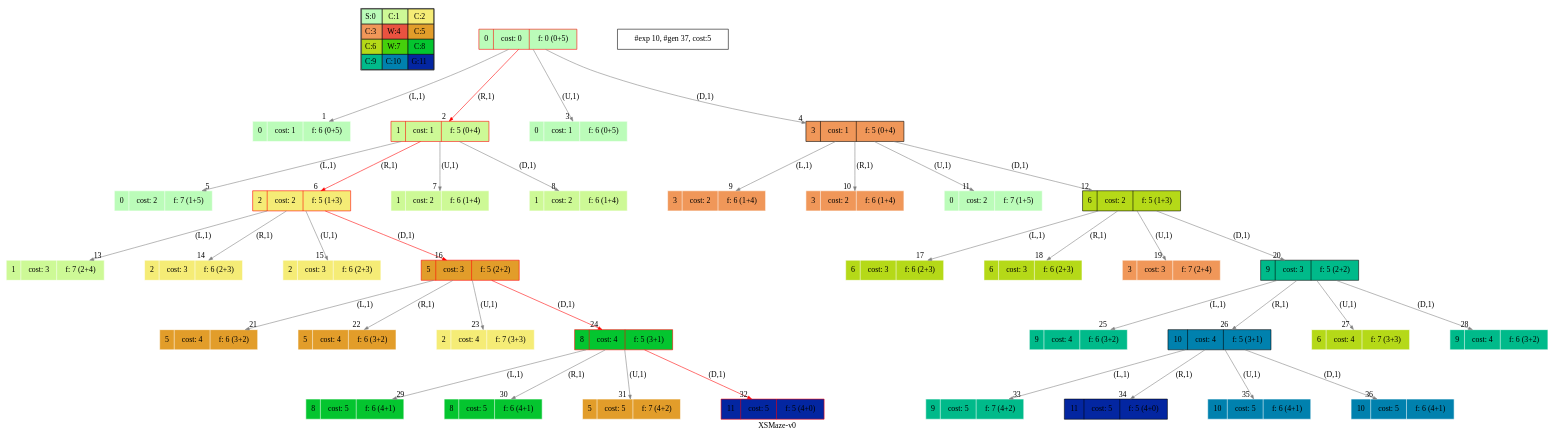
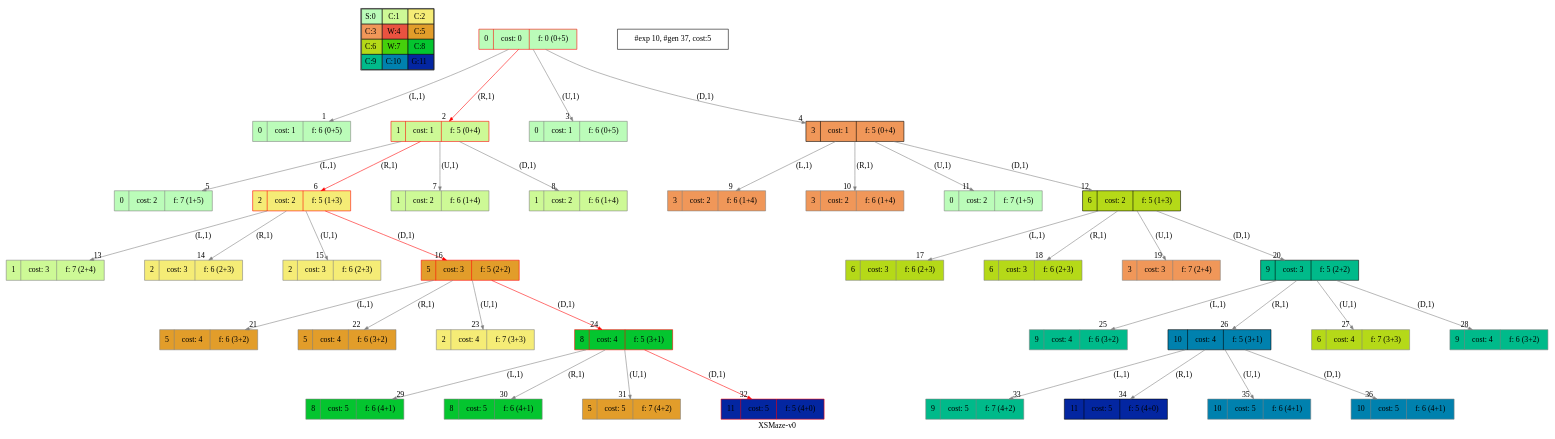
Before and after one commit to blasco991/AI: the diagram in viz/artifacts/gs/dot/XSMaze-v0_astar.dot, drawn with Graphviz. The commit also changed 41 other files, not shown here.

```diff
--- a/viz/artifacts/gs/dot/XSMaze-v0_astar.dot
+++ b/viz/artifacts/gs/dot/XSMaze-v0_astar.dot
@@ -1,50 +1,40 @@
-digraph XSMaze { label="XSMaze-v0"
+digraph XSMaze { label="XSMaze-v0" 
 subgraph MAP {label=Map;map [shape=plaintext label=<<table border="1" cellpadding="5" cellspacing="0" cellborder="1"><tr><td bgcolor="0.32745098 0.267733   0.99083125 1.        ">S:0</td><td bgcolor="0.24117647 0.39545121 0.97940977 1.        ">C:1</td><td bgcolor="0.15490196 0.51591783 0.96349314 1.        ">C:2</td></tr><tr><td bgcolor="0.06862745 0.62692381 0.94315443 1.        ">C:3</td><td bgcolor="0.01764706 0.72643357 0.91848699 1.        ">W:4</td><td bgcolor="0.10392157 0.81262237 0.88960401 1.        ">C:5</td></tr><tr><td bgcolor="0.19803922 0.88960401 0.8534438  1.        ">C:6</td><td bgcolor="0.28431373 0.94315443 0.81619691 1.        ">W:7</td><td bgcolor="0.37058824 0.97940977 0.77520398 1.        ">C:8</td></tr><tr><td bgcolor="0.45686275 0.99770518 0.73065313 1.        ">C:9</td><td bgcolor="0.54313725 0.99770518 0.68274886 1.        ">C:10</td><td bgcolor="0.62941176 0.97940977 0.63171101 1.        ">G:11</td></tr></table>>]} 
-nodesep=1 ranksep=1 node [shape=record] edge [arrowsize=0.7] 
-"0_0" [label="<f0>0 |<f1> cost: 0 |<f2> f: 0 (0+5)", style=filled color=red fillcolor="0.32745098 0.267733   0.99083125 1.        "];  
-"0_0.0-0" [label="<f0>0 |<f1> cost: 1 |<f2> f: 6 (0+5)", style=filled color=white fillcolor="0.32745098 0.267733   0.99083125 1.        "];   "0_0" -> "0_0.0-0" [label="(L,1)" headlabel=" 1 " color=grey ]; 
-"0_0.1-1" [label="<f0>1 |<f1> cost: 1 |<f2> f: 5 (0+4)", style=filled color=white fillcolor="0.24117647 0.39545121 0.97940977 1.        "color=red ];    "0_0" -> "0_0.1-1" [label="(R,1)" headlabel=" 2 " color=grey color=red ];  
-"0_0.0-2" [label="<f0>0 |<f1> cost: 1 |<f2> f: 6 (0+5)", style=filled color=white fillcolor="0.32745098 0.267733   0.99083125 1.        "];   "0_0" -> "0_0.0-2" [label="(U,1)" headlabel=" 3 " color=grey ]; 
-"0_0.3-3" [label="<f0>3 |<f1> cost: 1 |<f2> f: 5 (0+4)", style=filled color=white fillcolor="0.06862745 0.62692381 0.94315443 1.        "];   "0_0" -> "0_0.3-3" [label="(D,1)" headlabel=" 4 " color=grey ]; 
-"0_0.1-1" [label="<f0>1 |<f1> cost: 1 |<f2> f: 5 (0+4)", style=filled color=red fillcolor="0.24117647 0.39545121 0.97940977 1.        "];  
-"0_0.1.0-0" [label="<f0>0 |<f1> cost: 2 |<f2> f: 7 (1+5)", style=filled color=white fillcolor="0.32745098 0.267733   0.99083125 1.        "];   "0_0.1-1" -> "0_0.1.0-0" [label="(L,1)" headlabel=" 5 " color=grey ]; 
-"0_0.1.2-1" [label="<f0>2 |<f1> cost: 2 |<f2> f: 5 (1+3)", style=filled color=white fillcolor="0.15490196 0.51591783 0.96349314 1.        "color=red ];    "0_0.1-1" -> "0_0.1.2-1" [label="(R,1)" headlabel=" 6 " color=grey color=red ];  
-"0_0.1.1-2" [label="<f0>1 |<f1> cost: 2 |<f2> f: 6 (1+4)", style=filled color=white fillcolor="0.24117647 0.39545121 0.97940977 1.        "];   "0_0.1-1" -> "0_0.1.1-2" [label="(U,1)" headlabel=" 7 " color=grey ]; 
-"0_0.1.1-3" [label="<f0>1 |<f1> cost: 2 |<f2> f: 6 (1+4)", style=filled color=white fillcolor="0.24117647 0.39545121 0.97940977 1.        "];   "0_0.1-1" -> "0_0.1.1-3" [label="(D,1)" headlabel=" 8 " color=grey ]; 
-"0_0.3-3" [label="<f0>3 |<f1> cost: 1 |<f2> f: 5 (0+4)", style=filled color=black fillcolor="0.06862745 0.62692381 0.94315443 1.        "];  
-"0_0.3.3-0" [label="<f0>3 |<f1> cost: 2 |<f2> f: 6 (1+4)", style=filled color=white fillcolor="0.06862745 0.62692381 0.94315443 1.        "];   "0_0.3-3" -> "0_0.3.3-0" [label="(L,1)" headlabel=" 9 " color=grey ]; 
-"0_0.3.3-1" [label="<f0>3 |<f1> cost: 2 |<f2> f: 6 (1+4)", style=filled color=white fillcolor="0.06862745 0.62692381 0.94315443 1.        "];   "0_0.3-3" -> "0_0.3.3-1" [label="(R,1)" headlabel=" 10 " color=grey ]; 
-"0_0.3.0-2" [label="<f0>0 |<f1> cost: 2 |<f2> f: 7 (1+5)", style=filled color=white fillcolor="0.32745098 0.267733   0.99083125 1.        "];   "0_0.3-3" -> "0_0.3.0-2" [label="(U,1)" headlabel=" 11 " color=grey ]; 
-"0_0.3.6-3" [label="<f0>6 |<f1> cost: 2 |<f2> f: 5 (1+3)", style=filled color=white fillcolor="0.19803922 0.88960401 0.8534438  1.        "];   "0_0.3-3" -> "0_0.3.6-3" [label="(D,1)" headlabel=" 12 " color=grey ]; 
-"0_0.1.2-1" [label="<f0>2 |<f1> cost: 2 |<f2> f: 5 (1+3)", style=filled color=red fillcolor="0.15490196 0.51591783 0.96349314 1.        "];  
-"0_0.1.2.1-0" [label="<f0>1 |<f1> cost: 3 |<f2> f: 7 (2+4)", style=filled color=white fillcolor="0.24117647 0.39545121 0.97940977 1.        "];   "0_0.1.2-1" -> "0_0.1.2.1-0" [label="(L,1)" headlabel=" 13 " color=grey ]; 
-"0_0.1.2.2-1" [label="<f0>2 |<f1> cost: 3 |<f2> f: 6 (2+3)", style=filled color=white fillcolor="0.15490196 0.51591783 0.96349314 1.        "];   "0_0.1.2-1" -> "0_0.1.2.2-1" [label="(R,1)" headlabel=" 14 " color=grey ]; 
-"0_0.1.2.2-2" [label="<f0>2 |<f1> cost: 3 |<f2> f: 6 (2+3)", style=filled color=white fillcolor="0.15490196 0.51591783 0.96349314 1.        "];   "0_0.1.2-1" -> "0_0.1.2.2-2" [label="(U,1)" headlabel=" 15 " color=grey ]; 
-"0_0.1.2.5-3" [label="<f0>5 |<f1> cost: 3 |<f2> f: 5 (2+2)", style=filled color=white fillcolor="0.10392157 0.81262237 0.88960401 1.        "color=red ];    "0_0.1.2-1" -> "0_0.1.2.5-3" [label="(D,1)" headlabel=" 16 " color=grey color=red ];  
-"0_0.3.6-3" [label="<f0>6 |<f1> cost: 2 |<f2> f: 5 (1+3)", style=filled color=black fillcolor="0.19803922 0.88960401 0.8534438  1.        "];  
-"0_0.3.6.6-0" [label="<f0>6 |<f1> cost: 3 |<f2> f: 6 (2+3)", style=filled color=white fillcolor="0.19803922 0.88960401 0.8534438  1.        "];   "0_0.3.6-3" -> "0_0.3.6.6-0" [label="(L,1)" headlabel=" 17 " color=grey ]; 
-"0_0.3.6.6-1" [label="<f0>6 |<f1> cost: 3 |<f2> f: 6 (2+3)", style=filled color=white fillcolor="0.19803922 0.88960401 0.8534438  1.        "];   "0_0.3.6-3" -> "0_0.3.6.6-1" [label="(R,1)" headlabel=" 18 " color=grey ]; 
-"0_0.3.6.3-2" [label="<f0>3 |<f1> cost: 3 |<f2> f: 7 (2+4)", style=filled color=white fillcolor="0.06862745 0.62692381 0.94315443 1.        "];   "0_0.3.6-3" -> "0_0.3.6.3-2" [label="(U,1)" headlabel=" 19 " color=grey ]; 
-"0_0.3.6.9-3" [label="<f0>9 |<f1> cost: 3 |<f2> f: 5 (2+2)", style=filled color=white fillcolor="0.45686275 0.99770518 0.73065313 1.        "];   "0_0.3.6-3" -> "0_0.3.6.9-3" [label="(D,1)" headlabel=" 20 " color=grey ]; 
-"0_0.1.2.5-3" [label="<f0>5 |<f1> cost: 3 |<f2> f: 5 (2+2)", style=filled color=red fillcolor="0.10392157 0.81262237 0.88960401 1.        "];  
-"0_0.1.2.5.5-0" [label="<f0>5 |<f1> cost: 4 |<f2> f: 6 (3+2)", style=filled color=white fillcolor="0.10392157 0.81262237 0.88960401 1.        "];   "0_0.1.2.5-3" -> "0_0.1.2.5.5-0" [label="(L,1)" headlabel=" 21 " color=grey ]; 
-"0_0.1.2.5.5-1" [label="<f0>5 |<f1> cost: 4 |<f2> f: 6 (3+2)", style=filled color=white fillcolor="0.10392157 0.81262237 0.88960401 1.        "];   "0_0.1.2.5-3" -> "0_0.1.2.5.5-1" [label="(R,1)" headlabel=" 22 " color=grey ]; 
-"0_0.1.2.5.2-2" [label="<f0>2 |<f1> cost: 4 |<f2> f: 7 (3+3)", style=filled color=white fillcolor="0.15490196 0.51591783 0.96349314 1.        "];   "0_0.1.2.5-3" -> "0_0.1.2.5.2-2" [label="(U,1)" headlabel=" 23 " color=grey ]; 
-"0_0.1.2.5.8-3" [label="<f0>8 |<f1> cost: 4 |<f2> f: 5 (3+1)", style=filled color=white fillcolor="0.37058824 0.97940977 0.77520398 1.        "color=red ];    "0_0.1.2.5-3" -> "0_0.1.2.5.8-3" [label="(D,1)" headlabel=" 24 " color=grey color=red ];  
-"0_0.3.6.9-3" [label="<f0>9 |<f1> cost: 3 |<f2> f: 5 (2+2)", style=filled color=black fillcolor="0.45686275 0.99770518 0.73065313 1.        "];  
-"0_0.3.6.9.9-0" [label="<f0>9 |<f1> cost: 4 |<f2> f: 6 (3+2)", style=filled color=white fillcolor="0.45686275 0.99770518 0.73065313 1.        "];   "0_0.3.6.9-3" -> "0_0.3.6.9.9-0" [label="(L,1)" headlabel=" 25 " color=grey ]; 
-"0_0.3.6.9.10-1" [label="<f0>10 |<f1> cost: 4 |<f2> f: 5 (3+1)", style=filled color=white fillcolor="0.54313725 0.99770518 0.68274886 1.        "];   "0_0.3.6.9-3" -> "0_0.3.6.9.10-1" [label="(R,1)" headlabel=" 26 " color=grey ]; 
-"0_0.3.6.9.6-2" [label="<f0>6 |<f1> cost: 4 |<f2> f: 7 (3+3)", style=filled color=white fillcolor="0.19803922 0.88960401 0.8534438  1.        "];   "0_0.3.6.9-3" -> "0_0.3.6.9.6-2" [label="(U,1)" headlabel=" 27 " color=grey ]; 
-"0_0.3.6.9.9-3" [label="<f0>9 |<f1> cost: 4 |<f2> f: 6 (3+2)", style=filled color=white fillcolor="0.45686275 0.99770518 0.73065313 1.        "];   "0_0.3.6.9-3" -> "0_0.3.6.9.9-3" [label="(D,1)" headlabel=" 28 " color=grey ]; 
-"0_0.1.2.5.8-3" [label="<f0>8 |<f1> cost: 4 |<f2> f: 5 (3+1)", style=filled color=red fillcolor="0.37058824 0.97940977 0.77520398 1.        "];  
-"0_0.1.2.5.8.8-0" [label="<f0>8 |<f1> cost: 5 |<f2> f: 6 (4+1)", style=filled color=white fillcolor="0.37058824 0.97940977 0.77520398 1.        "];   "0_0.1.2.5.8-3" -> "0_0.1.2.5.8.8-0" [label="(L,1)" headlabel=" 29 " color=grey ]; 
-"0_0.1.2.5.8.8-1" [label="<f0>8 |<f1> cost: 5 |<f2> f: 6 (4+1)", style=filled color=white fillcolor="0.37058824 0.97940977 0.77520398 1.        "];   "0_0.1.2.5.8-3" -> "0_0.1.2.5.8.8-1" [label="(R,1)" headlabel=" 30 " color=grey ]; 
-"0_0.1.2.5.8.5-2" [label="<f0>5 |<f1> cost: 5 |<f2> f: 7 (4+2)", style=filled color=white fillcolor="0.10392157 0.81262237 0.88960401 1.        "];   "0_0.1.2.5.8-3" -> "0_0.1.2.5.8.5-2" [label="(U,1)" headlabel=" 31 " color=grey ]; 
-"0_0.1.2.5.8.11-3" [label="<f0>11 |<f1> cost: 5 |<f2> f: 5 (4+0)", style=filled color=red fillcolor="0.62941176 0.97940977 0.63171101 1.        "color=red ];  /*GOALSTATE*/  "0_0.1.2.5.8-3" -> "0_0.1.2.5.8.11-3" [label="(D,1)" headlabel=" 32 " color=grey color=red ];  
-"0_0.3.6.9.10-1" [label="<f0>10 |<f1> cost: 4 |<f2> f: 5 (3+1)", style=filled color=black fillcolor="0.54313725 0.99770518 0.68274886 1.        "];  
-"0_0.3.6.9.10.9-0" [label="<f0>9 |<f1> cost: 5 |<f2> f: 7 (4+2)", style=filled color=white fillcolor="0.45686275 0.99770518 0.73065313 1.        "];   "0_0.3.6.9.10-1" -> "0_0.3.6.9.10.9-0" [label="(L,1)" headlabel=" 33 " color=grey ]; 
+ nodesep=1 ranksep=1 node [shape=record] edge [arrowsize=0.7] 
+"0_0" [label="<f0>0 |<f1> cost: 0 |<f2> f: 0 (0+5)", style=filled color=black color=red fillcolor="0.32745098 0.267733   0.99083125 1.        "];  "0_0.0-0" [label="<f0>0 |<f1> cost: 1 |<f2> f: 6 (0+5)", style=filled color=grey fillcolor="0.32745098 0.267733   0.99083125 1.        "];   "0_0" -> "0_0.0-0" [label="(L,1)" headlabel=" 1 " color=grey ]; 
+"0_0.1-1" [label="<f0>1 |<f1> cost: 1 |<f2> f: 5 (0+4)", style=filled color=grey color=red fillcolor="0.24117647 0.39545121 0.97940977 1.        "];   "0_0" -> "0_0.1-1" [label="(R,1)" headlabel=" 2 " color=grey color=red ]; 
+"0_0.0-2" [label="<f0>0 |<f1> cost: 1 |<f2> f: 6 (0+5)", style=filled color=grey fillcolor="0.32745098 0.267733   0.99083125 1.        "];   "0_0" -> "0_0.0-2" [label="(U,1)" headlabel=" 3 " color=grey ]; 
+"0_0.3-3" [label="<f0>3 |<f1> cost: 1 |<f2> f: 5 (0+4)", style=filled color=grey fillcolor="0.06862745 0.62692381 0.94315443 1.        "];   "0_0" -> "0_0.3-3" [label="(D,1)" headlabel=" 4 " color=grey ]; 
+"0_0.1-1" [label="<f0>1 |<f1> cost: 1 |<f2> f: 5 (0+4)", style=filled color=black color=red fillcolor="0.24117647 0.39545121 0.97940977 1.        "];  "0_0.1.0-0" [label="<f0>0 |<f1> cost: 2 |<f2> f: 7 (1+5)", style=filled color=grey fillcolor="0.32745098 0.267733   0.99083125 1.        "];   "0_0.1-1" -> "0_0.1.0-0" [label="(L,1)" headlabel=" 5 " color=grey ]; 
+"0_0.1.2-1" [label="<f0>2 |<f1> cost: 2 |<f2> f: 5 (1+3)", style=filled color=grey color=red fillcolor="0.15490196 0.51591783 0.96349314 1.        "];   "0_0.1-1" -> "0_0.1.2-1" [label="(R,1)" headlabel=" 6 " color=grey color=red ]; 
+"0_0.1.1-2" [label="<f0>1 |<f1> cost: 2 |<f2> f: 6 (1+4)", style=filled color=grey fillcolor="0.24117647 0.39545121 0.97940977 1.        "];   "0_0.1-1" -> "0_0.1.1-2" [label="(U,1)" headlabel=" 7 " color=grey ]; 
+"0_0.1.1-3" [label="<f0>1 |<f1> cost: 2 |<f2> f: 6 (1+4)", style=filled color=grey fillcolor="0.24117647 0.39545121 0.97940977 1.        "];   "0_0.1-1" -> "0_0.1.1-3" [label="(D,1)" headlabel=" 8 " color=grey ]; 
+"0_0.3-3" [label="<f0>3 |<f1> cost: 1 |<f2> f: 5 (0+4)", style=filled color=black fillcolor="0.06862745 0.62692381 0.94315443 1.        "];  "0_0.3.3-0" [label="<f0>3 |<f1> cost: 2 |<f2> f: 6 (1+4)", style=filled color=grey fillcolor="0.06862745 0.62692381 0.94315443 1.        "];   "0_0.3-3" -> "0_0.3.3-0" [label="(L,1)" headlabel=" 9 " color=grey ]; 
+"0_0.3.3-1" [label="<f0>3 |<f1> cost: 2 |<f2> f: 6 (1+4)", style=filled color=grey fillcolor="0.06862745 0.62692381 0.94315443 1.        "];   "0_0.3-3" -> "0_0.3.3-1" [label="(R,1)" headlabel=" 10 " color=grey ]; 
+"0_0.3.0-2" [label="<f0>0 |<f1> cost: 2 |<f2> f: 7 (1+5)", style=filled color=grey fillcolor="0.32745098 0.267733   0.99083125 1.        "];   "0_0.3-3" -> "0_0.3.0-2" [label="(U,1)" headlabel=" 11 " color=grey ]; 
+"0_0.3.6-3" [label="<f0>6 |<f1> cost: 2 |<f2> f: 5 (1+3)", style=filled color=grey fillcolor="0.19803922 0.88960401 0.8534438  1.        "];   "0_0.3-3" -> "0_0.3.6-3" [label="(D,1)" headlabel=" 12 " color=grey ]; 
+"0_0.1.2-1" [label="<f0>2 |<f1> cost: 2 |<f2> f: 5 (1+3)", style=filled color=black color=red fillcolor="0.15490196 0.51591783 0.96349314 1.        "];  "0_0.1.2.1-0" [label="<f0>1 |<f1> cost: 3 |<f2> f: 7 (2+4)", style=filled color=grey fillcolor="0.24117647 0.39545121 0.97940977 1.        "];   "0_0.1.2-1" -> "0_0.1.2.1-0" [label="(L,1)" headlabel=" 13 " color=grey ]; 
+"0_0.1.2.2-1" [label="<f0>2 |<f1> cost: 3 |<f2> f: 6 (2+3)", style=filled color=grey fillcolor="0.15490196 0.51591783 0.96349314 1.        "];   "0_0.1.2-1" -> "0_0.1.2.2-1" [label="(R,1)" headlabel=" 14 " color=grey ]; 
+"0_0.1.2.2-2" [label="<f0>2 |<f1> cost: 3 |<f2> f: 6 (2+3)", style=filled color=grey fillcolor="0.15490196 0.51591783 0.96349314 1.        "];   "0_0.1.2-1" -> "0_0.1.2.2-2" [label="(U,1)" headlabel=" 15 " color=grey ]; 
+"0_0.1.2.5-3" [label="<f0>5 |<f1> cost: 3 |<f2> f: 5 (2+2)", style=filled color=grey color=red fillcolor="0.10392157 0.81262237 0.88960401 1.        "];   "0_0.1.2-1" -> "0_0.1.2.5-3" [label="(D,1)" headlabel=" 16 " color=grey color=red ]; 
+"0_0.3.6-3" [label="<f0>6 |<f1> cost: 2 |<f2> f: 5 (1+3)", style=filled color=black fillcolor="0.19803922 0.88960401 0.8534438  1.        "];  "0_0.3.6.6-0" [label="<f0>6 |<f1> cost: 3 |<f2> f: 6 (2+3)", style=filled color=grey fillcolor="0.19803922 0.88960401 0.8534438  1.        "];   "0_0.3.6-3" -> "0_0.3.6.6-0" [label="(L,1)" headlabel=" 17 " color=grey ]; 
+"0_0.3.6.6-1" [label="<f0>6 |<f1> cost: 3 |<f2> f: 6 (2+3)", style=filled color=grey fillcolor="0.19803922 0.88960401 0.8534438  1.        "];   "0_0.3.6-3" -> "0_0.3.6.6-1" [label="(R,1)" headlabel=" 18 " color=grey ]; 
+"0_0.3.6.3-2" [label="<f0>3 |<f1> cost: 3 |<f2> f: 7 (2+4)", style=filled color=grey fillcolor="0.06862745 0.62692381 0.94315443 1.        "];   "0_0.3.6-3" -> "0_0.3.6.3-2" [label="(U,1)" headlabel=" 19 " color=grey ]; 
+"0_0.3.6.9-3" [label="<f0>9 |<f1> cost: 3 |<f2> f: 5 (2+2)", style=filled color=grey fillcolor="0.45686275 0.99770518 0.73065313 1.        "];   "0_0.3.6-3" -> "0_0.3.6.9-3" [label="(D,1)" headlabel=" 20 " color=grey ]; 
+"0_0.1.2.5-3" [label="<f0>5 |<f1> cost: 3 |<f2> f: 5 (2+2)", style=filled color=black color=red fillcolor="0.10392157 0.81262237 0.88960401 1.        "];  "0_0.1.2.5.5-0" [label="<f0>5 |<f1> cost: 4 |<f2> f: 6 (3+2)", style=filled color=grey fillcolor="0.10392157 0.81262237 0.88960401 1.        "];   "0_0.1.2.5-3" -> "0_0.1.2.5.5-0" [label="(L,1)" headlabel=" 21 " color=grey ]; 
+"0_0.1.2.5.5-1" [label="<f0>5 |<f1> cost: 4 |<f2> f: 6 (3+2)", style=filled color=grey fillcolor="0.10392157 0.81262237 0.88960401 1.        "];   "0_0.1.2.5-3" -> "0_0.1.2.5.5-1" [label="(R,1)" headlabel=" 22 " color=grey ]; 
+"0_0.1.2.5.2-2" [label="<f0>2 |<f1> cost: 4 |<f2> f: 7 (3+3)", style=filled color=grey fillcolor="0.15490196 0.51591783 0.96349314 1.        "];   "0_0.1.2.5-3" -> "0_0.1.2.5.2-2" [label="(U,1)" headlabel=" 23 " color=grey ]; 
+"0_0.1.2.5.8-3" [label="<f0>8 |<f1> cost: 4 |<f2> f: 5 (3+1)", style=filled color=grey color=red fillcolor="0.37058824 0.97940977 0.77520398 1.        "];   "0_0.1.2.5-3" -> "0_0.1.2.5.8-3" [label="(D,1)" headlabel=" 24 " color=grey color=red ]; 
+"0_0.3.6.9-3" [label="<f0>9 |<f1> cost: 3 |<f2> f: 5 (2+2)", style=filled color=black fillcolor="0.45686275 0.99770518 0.73065313 1.        "];  "0_0.3.6.9.9-0" [label="<f0>9 |<f1> cost: 4 |<f2> f: 6 (3+2)", style=filled color=grey fillcolor="0.45686275 0.99770518 0.73065313 1.        "];   "0_0.3.6.9-3" -> "0_0.3.6.9.9-0" [label="(L,1)" headlabel=" 25 " color=grey ]; 
+"0_0.3.6.9.10-1" [label="<f0>10 |<f1> cost: 4 |<f2> f: 5 (3+1)", style=filled color=grey fillcolor="0.54313725 0.99770518 0.68274886 1.        "];   "0_0.3.6.9-3" -> "0_0.3.6.9.10-1" [label="(R,1)" headlabel=" 26 " color=grey ]; 
+"0_0.3.6.9.6-2" [label="<f0>6 |<f1> cost: 4 |<f2> f: 7 (3+3)", style=filled color=grey fillcolor="0.19803922 0.88960401 0.8534438  1.        "];   "0_0.3.6.9-3" -> "0_0.3.6.9.6-2" [label="(U,1)" headlabel=" 27 " color=grey ]; 
+"0_0.3.6.9.9-3" [label="<f0>9 |<f1> cost: 4 |<f2> f: 6 (3+2)", style=filled color=grey fillcolor="0.45686275 0.99770518 0.73065313 1.        "];   "0_0.3.6.9-3" -> "0_0.3.6.9.9-3" [label="(D,1)" headlabel=" 28 " color=grey ]; 
+"0_0.1.2.5.8-3" [label="<f0>8 |<f1> cost: 4 |<f2> f: 5 (3+1)", style=filled color=black color=red fillcolor="0.37058824 0.97940977 0.77520398 1.        "];  "0_0.1.2.5.8.8-0" [label="<f0>8 |<f1> cost: 5 |<f2> f: 6 (4+1)", style=filled color=grey fillcolor="0.37058824 0.97940977 0.77520398 1.        "];   "0_0.1.2.5.8-3" -> "0_0.1.2.5.8.8-0" [label="(L,1)" headlabel=" 29 " color=grey ]; 
+"0_0.1.2.5.8.8-1" [label="<f0>8 |<f1> cost: 5 |<f2> f: 6 (4+1)", style=filled color=grey fillcolor="0.37058824 0.97940977 0.77520398 1.        "];   "0_0.1.2.5.8-3" -> "0_0.1.2.5.8.8-1" [label="(R,1)" headlabel=" 30 " color=grey ]; 
+"0_0.1.2.5.8.5-2" [label="<f0>5 |<f1> cost: 5 |<f2> f: 7 (4+2)", style=filled color=grey fillcolor="0.10392157 0.81262237 0.88960401 1.        "];   "0_0.1.2.5.8-3" -> "0_0.1.2.5.8.5-2" [label="(U,1)" headlabel=" 31 " color=grey ]; 
+"0_0.1.2.5.8.11-3" [label="<f0>11 |<f1> cost: 5 |<f2> f: 5 (4+0)", style=filled color=black color=red fillcolor="0.62941176 0.97940977 0.63171101 1.        "]; /*GOALSTATE*/  "0_0.1.2.5.8-3" -> "0_0.1.2.5.8.11-3" [label="(D,1)" headlabel=" 32 " color=grey color=red ]; 
+"0_0.3.6.9.10-1" [label="<f0>10 |<f1> cost: 4 |<f2> f: 5 (3+1)", style=filled color=black fillcolor="0.54313725 0.99770518 0.68274886 1.        "];  "0_0.3.6.9.10.9-0" [label="<f0>9 |<f1> cost: 5 |<f2> f: 7 (4+2)", style=filled color=grey fillcolor="0.45686275 0.99770518 0.73065313 1.        "];   "0_0.3.6.9.10-1" -> "0_0.3.6.9.10.9-0" [label="(L,1)" headlabel=" 33 " color=grey ]; 
 "0_0.3.6.9.10.11-1" [label="<f0>11 |<f1> cost: 5 |<f2> f: 5 (4+0)", style=filled color=black fillcolor="0.62941176 0.97940977 0.63171101 1.        "]; /*GOALSTATE*/  "0_0.3.6.9.10-1" -> "0_0.3.6.9.10.11-1" [label="(R,1)" headlabel=" 34 " color=grey ]; 
-"0_0.3.6.9.10.10-2" [label="<f0>10 |<f1> cost: 5 |<f2> f: 6 (4+1)", style=filled color=white fillcolor="0.54313725 0.99770518 0.68274886 1.        "];   "0_0.3.6.9.10-1" -> "0_0.3.6.9.10.10-2" [label="(U,1)" headlabel=" 35 " color=grey ]; 
-"0_0.3.6.9.10.10-3" [label="<f0>10 |<f1> cost: 5 |<f2> f: 6 (4+1)", style=filled color=white fillcolor="0.54313725 0.99770518 0.68274886 1.        "];   "0_0.3.6.9.10-1" -> "0_0.3.6.9.10.10-3" [label="(D,1)" headlabel=" 36 " color=grey ]; 
- "#exp 10, #gen 37, cost:5" [ shape=box ];
-}
+"0_0.3.6.9.10.10-2" [label="<f0>10 |<f1> cost: 5 |<f2> f: 6 (4+1)", style=filled color=grey fillcolor="0.54313725 0.99770518 0.68274886 1.        "];   "0_0.3.6.9.10-1" -> "0_0.3.6.9.10.10-2" [label="(U,1)" headlabel=" 35 " color=grey ]; 
+"0_0.3.6.9.10.10-3" [label="<f0>10 |<f1> cost: 5 |<f2> f: 6 (4+1)", style=filled color=grey fillcolor="0.54313725 0.99770518 0.68274886 1.        "];   "0_0.3.6.9.10-1" -> "0_0.3.6.9.10.10-3" [label="(D,1)" headlabel=" 36 " color=grey ];
+"#exp 10, #gen 37, cost:5" [ shape=box ]; }
```
